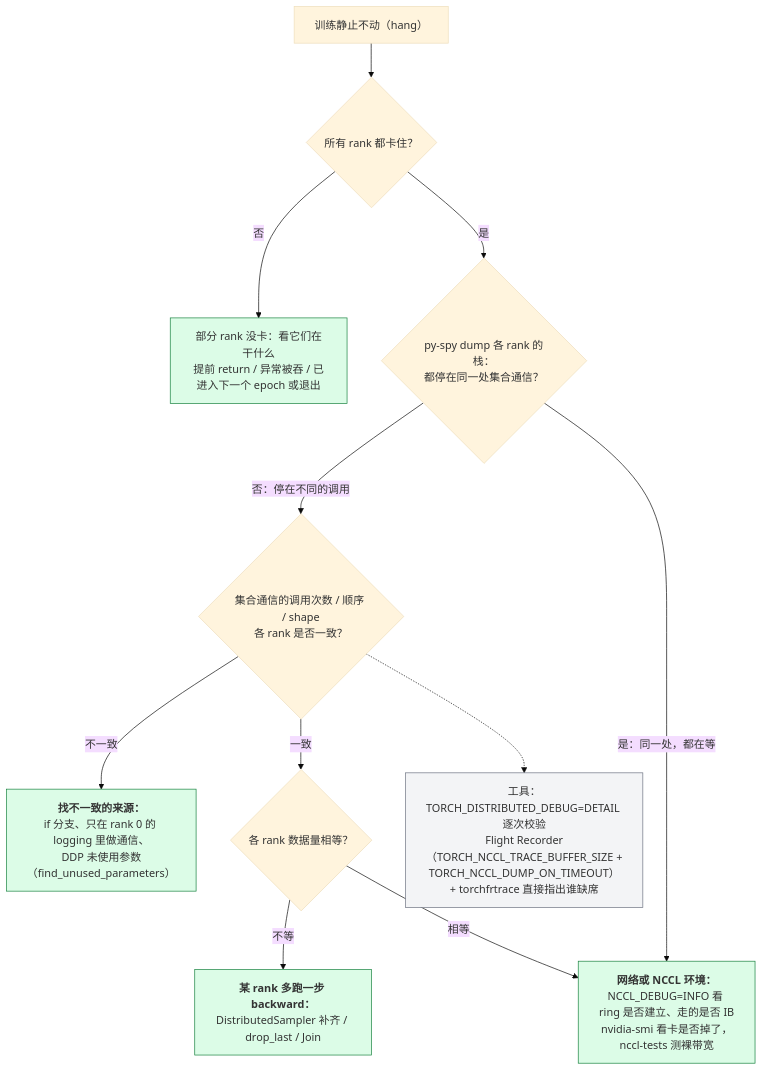
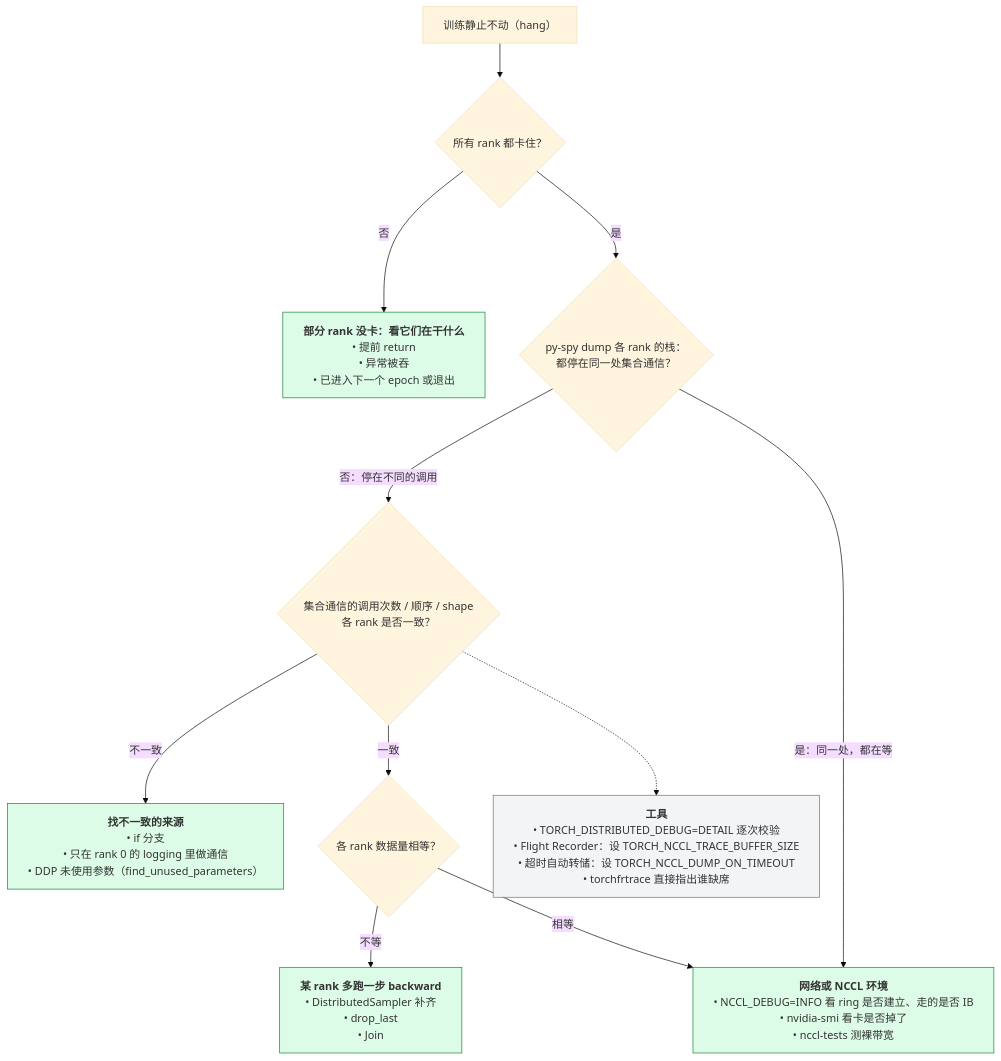
One commit to arganzheng/arganzheng.github.com changed the seventh of 7 diagrams in _posts/2026-02-25-pytorch-distributed-training.md. Above: the diagram before and after it, drawn with Mermaid (base theme). The commit also changed other lines of this file and 2 other files, not shown here.

First line of the commit message:
PyTorch 09 分布式：补「计算切不切」维度、Kernel 定义、rendezvous 与 Local Rank

````diff
--- a/_posts/2026-02-25-pytorch-distributed-training.md
+++ b/_posts/2026-02-25-pytorch-distributed-training.md
@@ -1386,28 +1467,29 @@
 ```mermaid
+%%{init: {"flowchart": {"wrappingWidth": 480}}}%%
 %% 图：训练 hang 的排查决策树：从「所有 rank 都卡住吗」开始，到 py-spy 看栈、检查集合通信一致性与网络
 flowchart TB
     S["训练静止不动（hang）"]
     Q1{"所有 rank 都卡住？"}
-    ONE["部分 rank 没卡：看它们在干什么<br/>提前 return / 异常被吞 / 已进入下一个 epoch 或退出"]
+    ONE["<b>部分 rank 没卡：看它们在干什么</b><br/>• 提前 return<br/>• 异常被吞<br/>• 已进入下一个 epoch 或退出"]
     Q2{"py-spy dump 各 rank 的栈：<br/>都停在同一处集合通信？"}
     Q3{"集合通信的调用次数 / 顺序 / shape<br/>各 rank 是否一致？"}
-    FIX1["<b>找不一致的来源：</b><br/>if 分支、只在 rank 0 的 logging 里做通信、<br/>DDP 未使用参数（find_unused_parameters）"]
+    FIX1["<b>找不一致的来源</b><br/>• if 分支<br/>• 只在 rank 0 的 logging 里做通信<br/>• DDP 未使用参数（find_unused_parameters）"]
     Q4{"各 rank 数据量相等？"}
-    FIX2["<b>某 rank 多跑一步 backward：</b><br/>DistributedSampler 补齐 / drop_last / Join"]
-    NET["<b>网络或 NCCL 环境：</b><br/>NCCL_DEBUG=INFO 看 ring 是否建立、走的是否 IB<br/>nvidia-smi 看卡是否掉了，nccl-tests 测裸带宽"]
-    FR["工具：TORCH_DISTRIBUTED_DEBUG=DETAIL 逐次校验<br/>Flight Recorder（TORCH_NCCL_TRACE_BUFFER_SIZE +<br/>TORCH_NCCL_DUMP_ON_TIMEOUT）+ torchfrtrace 直接指出谁缺席"]
+    FIX2["<b>某 rank 多跑一步 backward</b><br/>• DistributedSampler 补齐<br/>• drop_last<br/>• Join"]
+    NET["<b>网络或 NCCL 环境</b><br/>• NCCL_DEBUG=INFO 看 ring 是否建立、走的是否 IB<br/>• nvidia-smi 看卡是否掉了<br/>• nccl-tests 测裸带宽"]
+    FR["<b>工具</b><br/>• TORCH_DISTRIBUTED_DEBUG=DETAIL 逐次校验<br/>• Flight Recorder：设 TORCH_NCCL_TRACE_BUFFER_SIZE<br/>• 超时自动转储：设 TORCH_NCCL_DUMP_ON_TIMEOUT<br/>• torchfrtrace 直接指出谁缺席"]
     S --> Q1
     Q1 -- "否" --> ONE
     Q1 -- "是" --> Q2
     Q2 -- "否：停在不同的调用" --> Q3
     Q2 -- "是：同一处，都在等" --> NET
     Q3 -- "不一致" --> FIX1
     Q3 -- "一致" --> Q4
     Q4 -- "不等" --> FIX2
     Q4 -- "相等" --> NET
     Q3 -.-> FR
     classDef fix fill:#dcfce7,stroke:#15803d;
     classDef tool fill:#f3f4f6,stroke:#6b7280;
     class ONE,FIX1,FIX2,NET fix;
     class FR tool;
 ```
````
